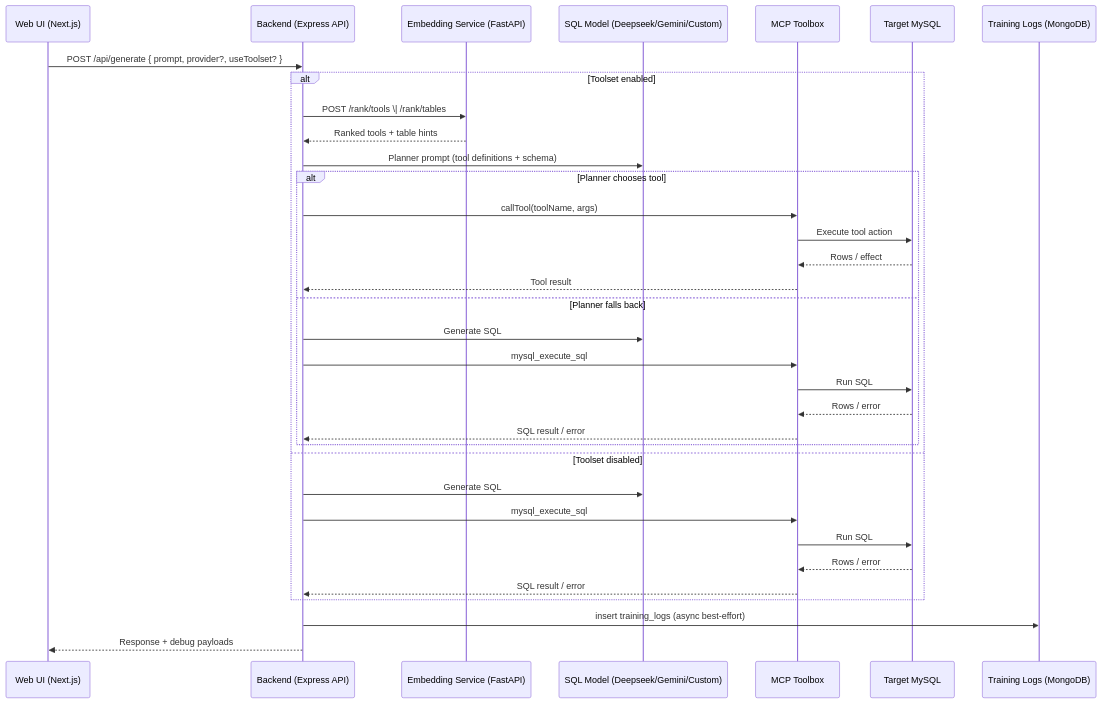
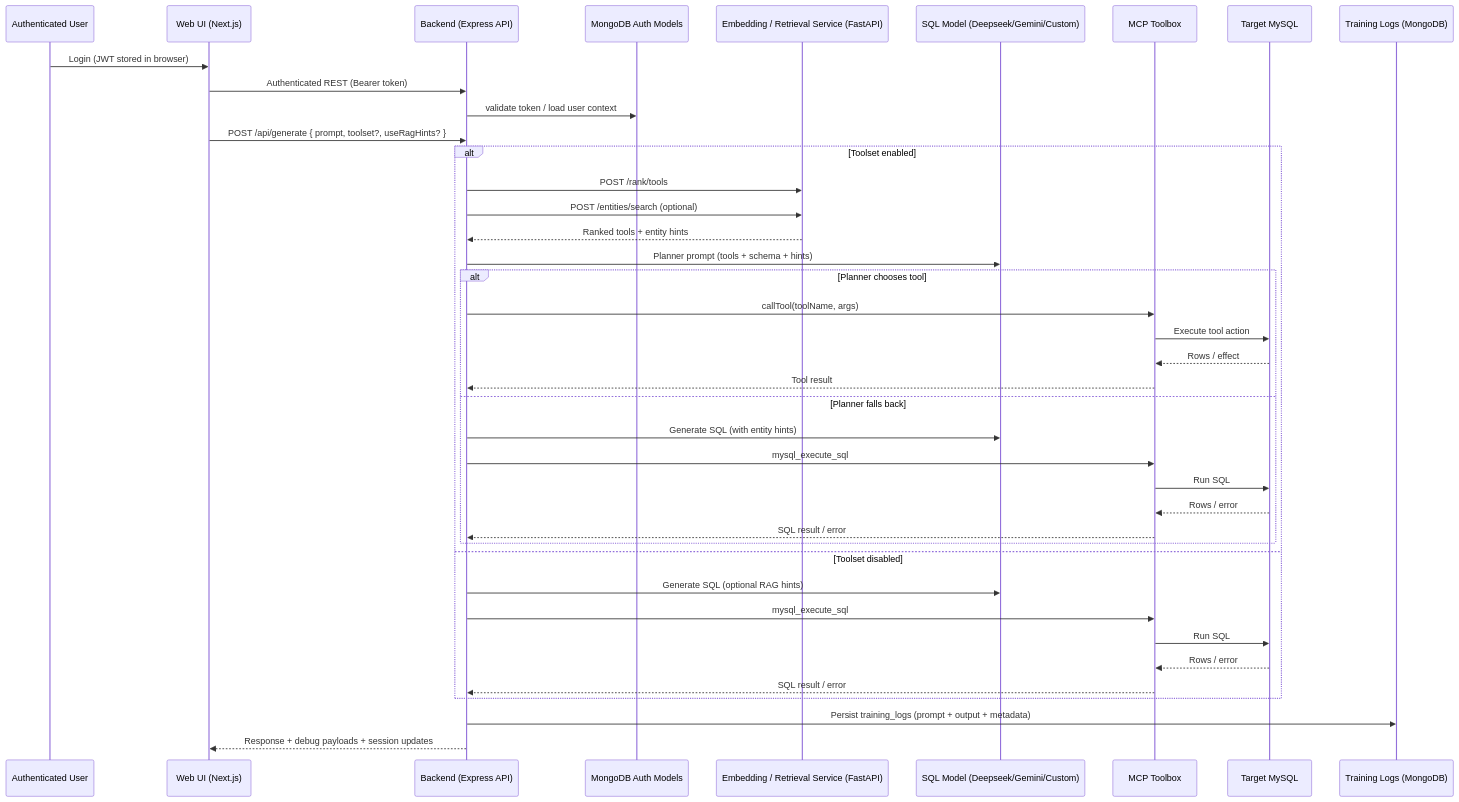
Before and after one commit to afurgapil/mcp-agent-demo: the diagram in README.md, drawn with Mermaid. The commit also changed other lines of this file and 15 other files, not shown here.

````diff
--- a/README.md
+++ b/README.md
@@ -28,42 +28,46 @@
 ```mermaid
 sequenceDiagram
+    participant User as Authenticated User
     participant UI as Web UI (Next.js)
     participant BE as Backend (Express API)
-    participant Embed as Embedding Service (FastAPI)
+    participant Auth as MongoDB Auth Models
+    participant Embed as Embedding / Retrieval Service (FastAPI)
     participant LLM as SQL Model (Deepseek/Gemini/Custom)
     participant MCP as MCP Toolbox
     participant DB as Target MySQL
     participant Mongo as Training Logs (MongoDB)
 
-    UI->>BE: POST /api/generate { prompt, provider?, useToolset? }
+    User->>UI: Login (JWT stored in browser)
+    UI->>BE: Authenticated REST (Bearer token)
+    BE->>Auth: validate token / load user context
 
+    UI->>BE: POST /api/generate { prompt, toolset?, useRagHints? }
     alt Toolset enabled
-        BE->>Embed: POST /rank/tools \| /rank/tables
-        Embed-->>BE: Ranked tools + table hints
-        BE->>LLM: Planner prompt (tool definitions + schema)
+        BE->>Embed: POST /rank/tools
+        BE->>Embed: POST /entities/search (optional)
+        Embed-->>BE: Ranked tools + entity hints
+        BE->>LLM: Planner prompt (tools + schema + hints)
 
         alt Planner chooses tool
             BE->>MCP: callTool(toolName, args)
             MCP->>DB: Execute tool action
             DB-->>MCP: Rows / effect
             MCP-->>BE: Tool result
         else Planner falls back
-            BE->>LLM: Generate SQL
+            BE->>LLM: Generate SQL (with entity hints)
             BE->>MCP: mysql_execute_sql
             MCP->>DB: Run SQL
             DB-->>MCP: Rows / error
             MCP-->>BE: SQL result / error
         end
-
     else Toolset disabled
-        BE->>LLM: Generate SQL
+        BE->>LLM: Generate SQL (optional RAG hints)
         BE->>MCP: mysql_execute_sql
         MCP->>DB: Run SQL
         DB-->>MCP: Rows / error
         MCP-->>BE: SQL result / error
     end
 
-    BE->>Mongo: insert training_logs (async best-effort)
-    BE-->>UI: Response + debug payloads
-
+    BE->>Mongo: Persist training_logs (prompt + output + metadata)
+    BE-->>UI: Response + debug payloads + session updates
 ```
````
